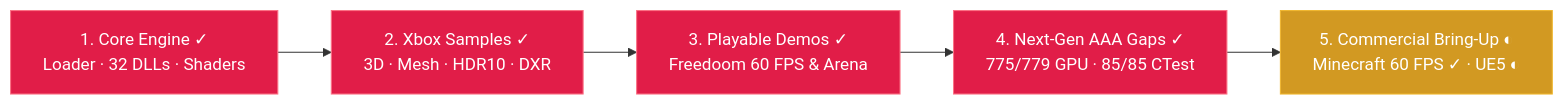
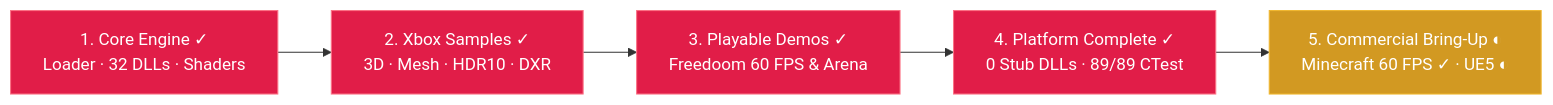
The first of 2 diagrams in README.md (HFASLTO117/OpenScarlett), drawn with Mermaid before and after one commit. The commit also changed other lines of this file and 1 other file, not shown here.

Commit message:
fix(vfs,docs): expand 8.3 short paths in TryMapHostPathToVirtualW (fixes CI) & update README for Sprint 16 (89/89 CTest, 0 stub DLLs)

````diff
--- a/README.md
+++ b/README.md
@@ -32,13 +32,13 @@
 ```mermaid
 flowchart LR
     S1["1. Core Engine ✓\nLoader · 32 DLLs · Shaders"] --> S2["2. Xbox Samples ✓\n3D · Mesh · HDR10 · DXR"]
     S2 --> S3["3. Playable Demos ✓\nFreedoom 60 FPS & Arena"]
-    S3 --> S4["4. Next-Gen AAA Gaps ✓\n775/779 GPU · 85/85 CTest"]
+    S3 --> S4["4. Platform Complete ✓\n0 Stub DLLs · 89/89 CTest"]
     S4 --> S5["5. Commercial Bring-Up ◐\nMinecraft 60 FPS ✓ · UE5 ◐"]
 
     style S1 fill:#e11d48,stroke:#fb7185,color:#ffffff
     style S2 fill:#e11d48,stroke:#fb7185,color:#ffffff
     style S3 fill:#e11d48,stroke:#fb7185,color:#ffffff
     style S4 fill:#e11d48,stroke:#fb7185,color:#ffffff
     style S5 fill:#d29922,stroke:#f0b72f,color:#ffffff
 ```
````
